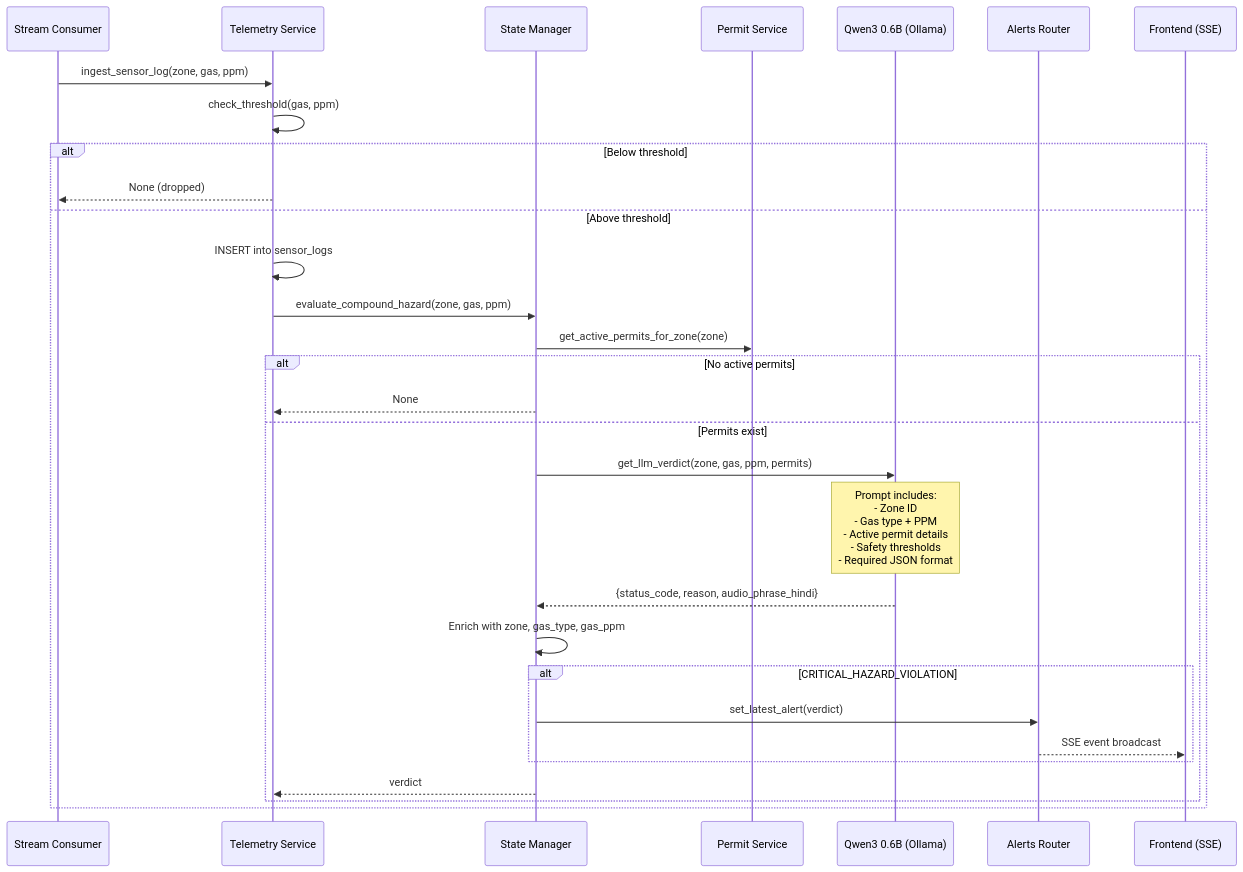
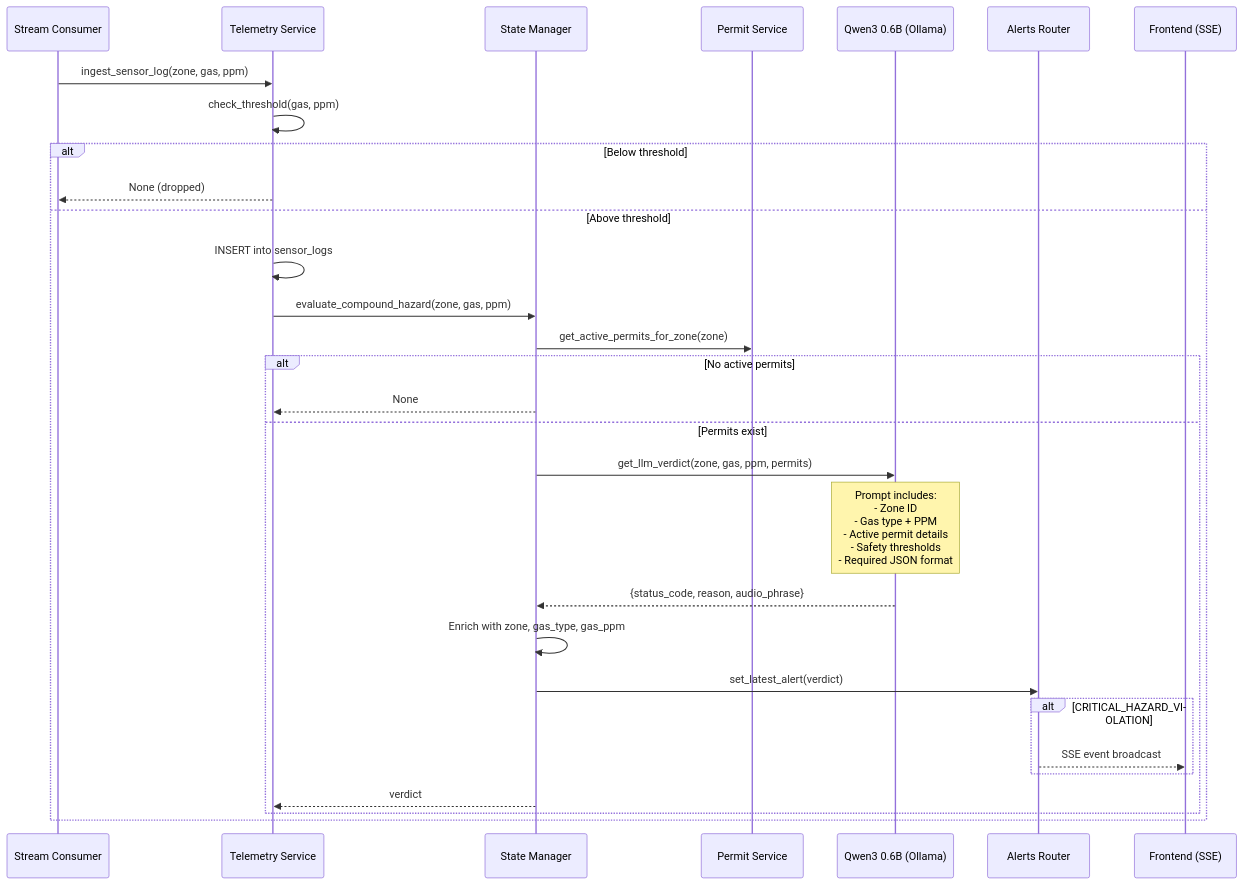
Before and after one commit to mann-rana29/Cereberus-OS: the second of 3 diagrams in ARCHITECTURE.md, drawn with Mermaid. The commit also changed other lines of this file and 9 other files, not shown here.

````diff
--- a/ARCHITECTURE.md
+++ b/ARCHITECTURE.md
@@ -74,33 +74,33 @@
 ```mermaid
 sequenceDiagram
     participant SC as Stream Consumer
     participant TS as Telemetry Service
     participant SM as State Manager
     participant PS as Permit Service
     participant LLM as Qwen3 0.6B (Ollama)
     participant AR as Alerts Router
     participant FE as Frontend (SSE)
 
     SC->>TS: ingest_sensor_log(zone, gas, ppm)
     TS->>TS: check_threshold(gas, ppm)
     alt Below threshold
         TS-->>SC: None (dropped)
     else Above threshold
         TS->>TS: INSERT into sensor_logs
         TS->>SM: evaluate_compound_hazard(zone, gas, ppm)
         SM->>PS: get_active_permits_for_zone(zone)
         alt No active permits
             SM-->>TS: None
         else Permits exist
             SM->>LLM: get_llm_verdict(zone, gas, ppm, permits)
             Note over LLM: Prompt includes:<br/>- Zone ID<br/>- Gas type + PPM<br/>- Active permit details<br/>- Safety thresholds<br/>- Required JSON format
-            LLM-->>SM: {status_code, reason, audio_phrase_hindi}
+            LLM-->>SM: {status_code, reason, audio_phrase}
             SM->>SM: Enrich with zone, gas_type, gas_ppm
+            SM->>AR: set_latest_alert(verdict)
             alt CRITICAL_HAZARD_VIOLATION
-                SM->>AR: set_latest_alert(verdict)
                 AR-->>FE: SSE event broadcast
             end
             SM-->>TS: verdict
         end
     end
 ```
````
